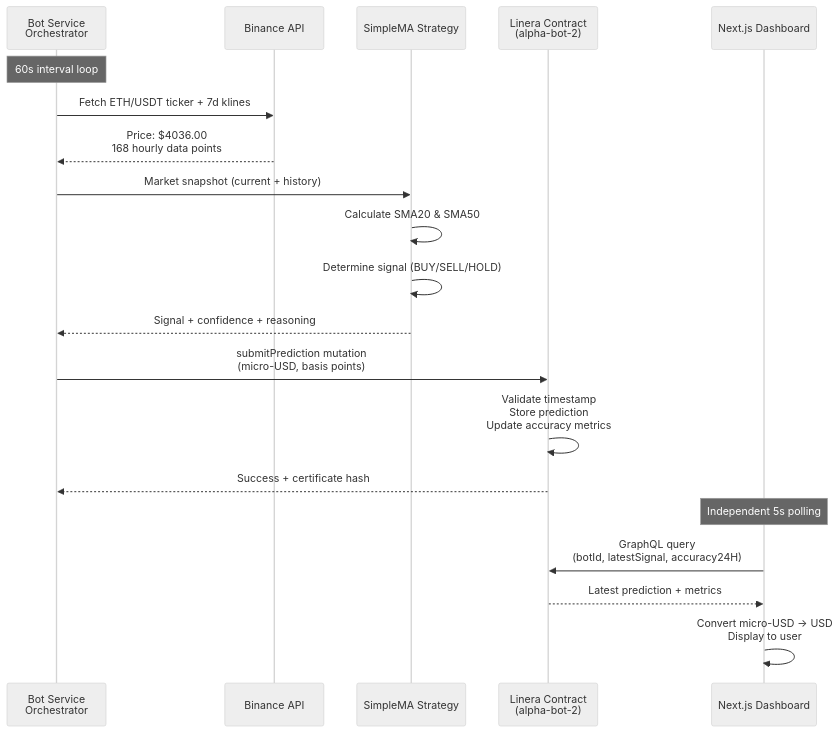
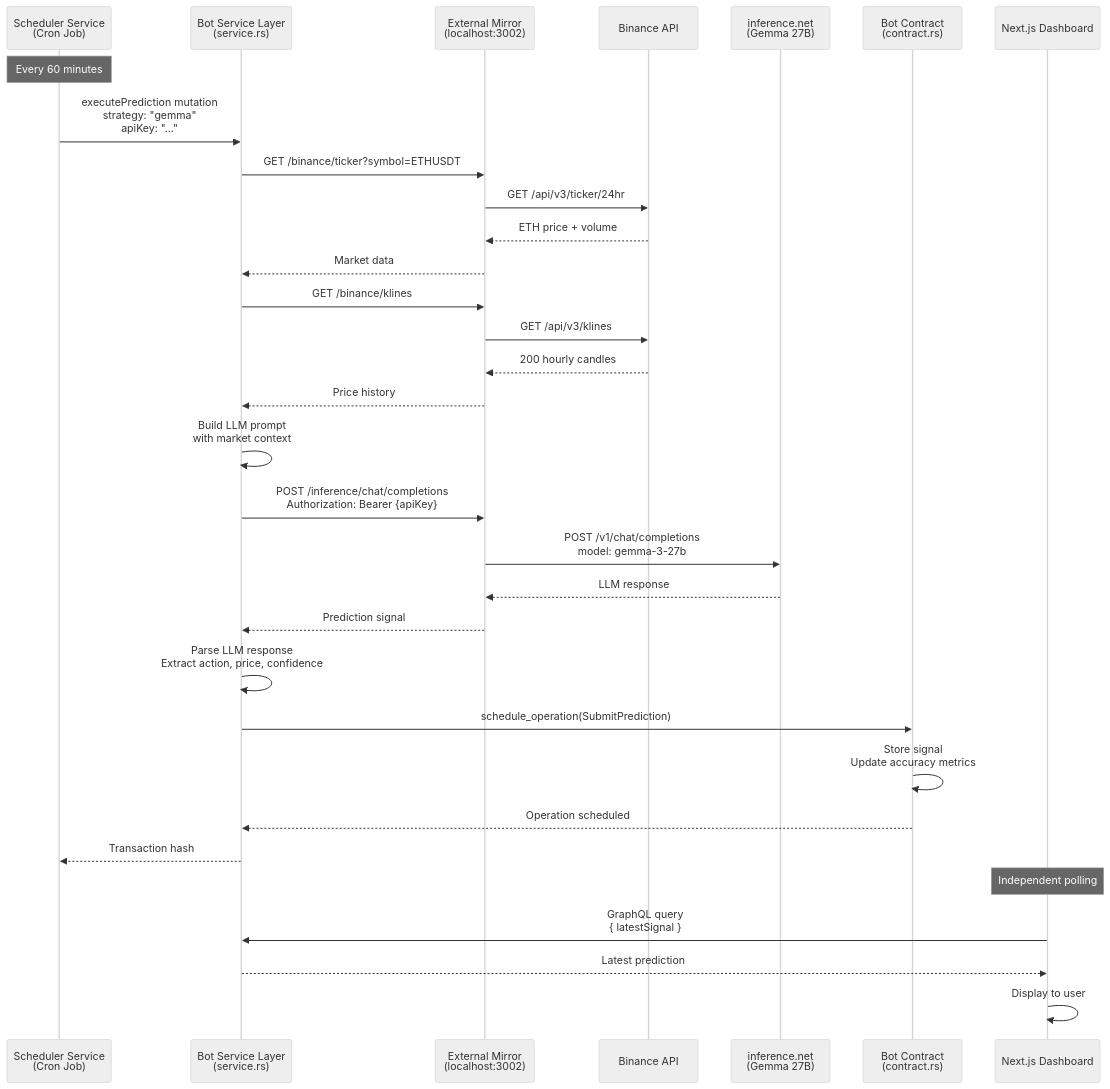
Before and after one commit to victorywwong/linera-alphabot: the second of 2 diagrams in docs/architecture.md, drawn with Mermaid (neutral theme). The commit also changed other lines of this file and 40 other files, not shown here.

First line of the commit message:
feat: Wave 2 LLM integration and multi-strategy support

````diff
--- a/docs/architecture.md
+++ b/docs/architecture.md
@@ -133,24 +162,43 @@
 ```mermaid
 sequenceDiagram
-    participant Orchestrator as Bot Service<br/>Orchestrator
+    participant Scheduler as Scheduler Service<br/>(Cron Job)
+    participant Service as Bot Service Layer<br/>(service.rs)
+    participant Mirror as External Mirror<br/>(localhost:3002)
     participant Binance as Binance API
-    participant Strategy as SimpleMA Strategy
-    participant Linera as Linera Contract<br/>(alpha-bot-2)
+    participant Inference as inference.net<br/>(Gemma 27B)
+    participant Contract as Bot Contract<br/>(contract.rs)
     participant Frontend as Next.js Dashboard
 
-    Note over Orchestrator: 60s interval loop
-    Orchestrator->>Binance: Fetch ETH/USDT ticker + 7d klines
-    Binance-->>Orchestrator: Price: $4036.00<br/>168 hourly data points
-    Orchestrator->>Strategy: Market snapshot (current + history)
-    Strategy->>Strategy: Calculate SMA20 & SMA50
-    Strategy->>Strategy: Determine signal (BUY/SELL/HOLD)
-    Strategy-->>Orchestrator: Signal + confidence + reasoning
-    Orchestrator->>Linera: submitPrediction mutation<br/>(micro-USD, basis points)
-    Linera->>Linera: Validate timestamp<br/>Store prediction<br/>Update accuracy metrics
-    Linera-->>Orchestrator: Success + certificate hash
+    Note over Scheduler: Every 60 minutes
+    Scheduler->>Service: executePrediction mutation<br/>strategy: "gemma"<br/>apiKey: "..."
 
-    Note over Frontend: Independent 5s polling
-    Frontend->>Linera: GraphQL query<br/>(botId, latestSignal, accuracy24H)
-    Linera-->>Frontend: Latest prediction + metrics
-    Frontend->>Frontend: Convert micro-USD → USD<br/>Display to user
+    Service->>Mirror: GET /binance/ticker?symbol=ETHUSDT
+    Mirror->>Binance: GET /api/v3/ticker/24hr
+    Binance-->>Mirror: ETH price + volume
+    Mirror-->>Service: Market data
+
+    Service->>Mirror: GET /binance/klines
+    Mirror->>Binance: GET /api/v3/klines
+    Binance-->>Mirror: 200 hourly candles
+    Mirror-->>Service: Price history
+
+    Service->>Service: Build LLM prompt<br/>with market context
+
+    Service->>Mirror: POST /inference/chat/completions<br/>Authorization: Bearer {apiKey}
+    Mirror->>Inference: POST /v1/chat/completions<br/>model: gemma-3-27b
+    Inference-->>Mirror: LLM response
+    Mirror-->>Service: Prediction signal
+
+    Service->>Service: Parse LLM response<br/>Extract action, price, confidence
+
+    Service->>Contract: schedule_operation(SubmitPrediction)
+    Contract->>Contract: Store signal<br/>Update accuracy metrics
+    Contract-->>Service: Operation scheduled
+
+    Service-->>Scheduler: Transaction hash
+
+    Note over Frontend: Independent polling
+    Frontend->>Service: GraphQL query<br/>{ latestSignal }
+    Service-->>Frontend: Latest prediction
+    Frontend->>Frontend: Display to user
 ```
````
